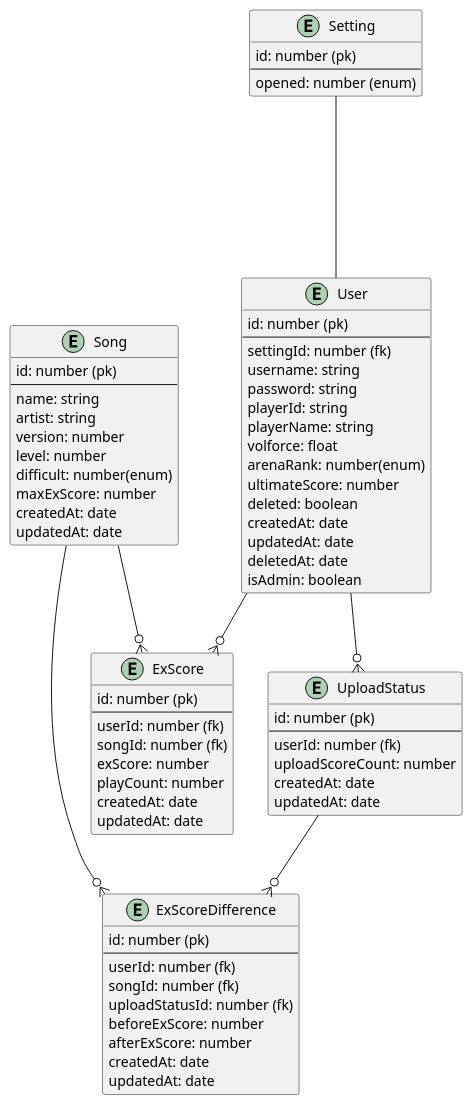
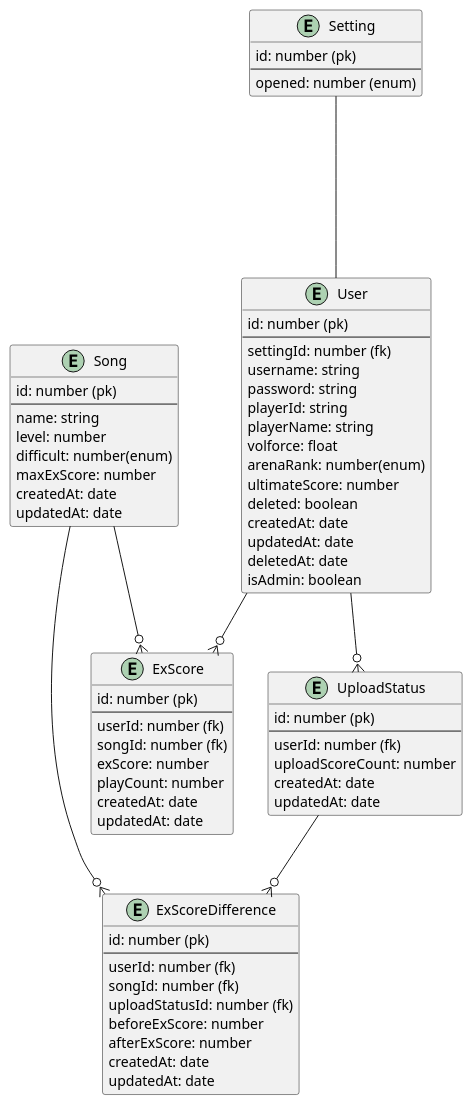
Before and after one commit to saezurucrow/sdvx-est: the diagram in design/dbDchema.pu, drawn with PlantUML. The commit also changed 9 other files, not shown here.

```diff
--- a/design/dbDchema.pu
+++ b/design/dbDchema.pu
@@ -1,86 +1,85 @@
 @startuml sdvxest
 
 entity User {
   id: number (pk)
   --
   settingId: number (fk)
   username: string
   password: string
   playerId: string
   playerName: string
   volforce: float
   arenaRank: number(enum)
   ultimateScore: number
   deleted: boolean
   createdAt: date
   updatedAt: date
   deletedAt: date
   isAdmin: boolean
 }
 ' (op)rivalData
 
+' # TODO: 正規化
 entity Song {
   id: number (pk)
   --
   name: string
-  artist: string
-  version: number
   level: number
   difficult: number(enum)
   maxExScore: number
   createdAt: date
   updatedAt: date
 }
 ' (op) bpm(min - max)
 
 entity ExScore {
   id: number (pk)
   --
   userId: number (fk)
   songId: number (fk)
   exScore: number
   playCount: number
   createdAt: date
   updatedAt: date
 }
 
 ' アップロード状況
 entity UploadStatus {
   id: number (pk)
   --
   userId: number (fk)
   uploadScoreCount: number
   createdAt: date
   updatedAt: date
 }
 
 ' 差分
 entity ExScoreDifference {
   id: number (pk)
   --
   userId: number (fk)
   songId: number (fk)
   uploadStatusId: number (fk)
   beforeExScore: number
   afterExScore: number
   createdAt: date
   updatedAt: date
 }
 
 ' 公開設定
 entity Setting {
   id: number (pk)
   --
   opened: number (enum)
 }
 
 Setting ---- User
 User --o{ UploadStatus
 User --o{ ExScore
 
 Song --o{ ExScore
 Song --o{ ExScoreDifference
 
 UploadStatus --o{ ExScoreDifference
 
 @enduml
```
